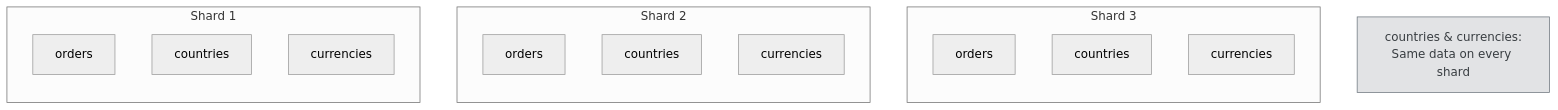
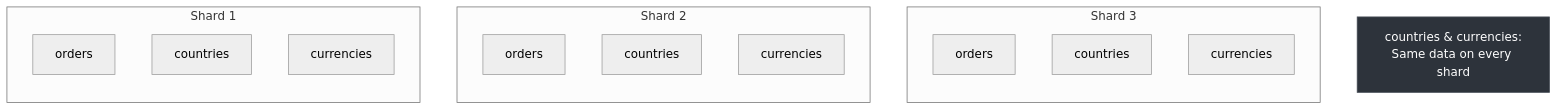
One commit to dlrivada/Encina changed the third of 4 diagrams in docs/sharding/cross-shard-operations.md. Above: the diagram before and after it, drawn with Mermaid (neutral theme). The commit also changed other lines of this file and 6 other files, not shown here.

First line of the commit message:
docs: replace hardcoded light-mode Mermaid colors with dark equivalents

````diff
--- a/docs/sharding/cross-shard-operations.md
+++ b/docs/sharding/cross-shard-operations.md
@@ -843,25 +843,25 @@
 ```mermaid
 flowchart LR
     subgraph shard1["Shard 1"]
         s1_orders["orders"]
         s1_countries["countries"]
         s1_currencies["currencies"]
     end
     subgraph shard2["Shard 2"]
         s2_orders["orders"]
         s2_countries["countries"]
         s2_currencies["currencies"]
     end
     subgraph shard3["Shard 3"]
         s3_orders["orders"]
         s3_countries["countries"]
         s3_currencies["currencies"]
     end
 
     refNote["countries &amp; currencies:<br/>Same data on every shard"]
 
     shard1 ~~~ shard2 ~~~ shard3
     shard3 ~~~ refNote
 
-    style refNote fill:#e2e3e5,stroke:#6c757d,color:#383d41
+    style refNote fill:#2d333b,stroke:#484f58,color:#fff
 ```
````
